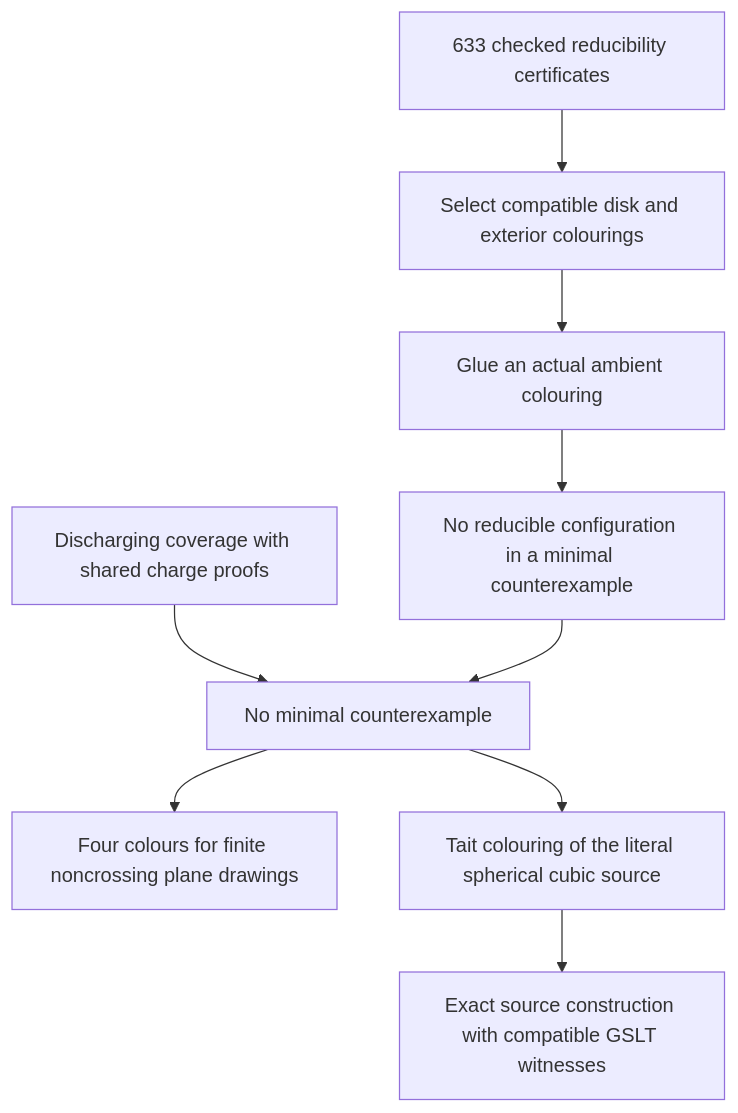
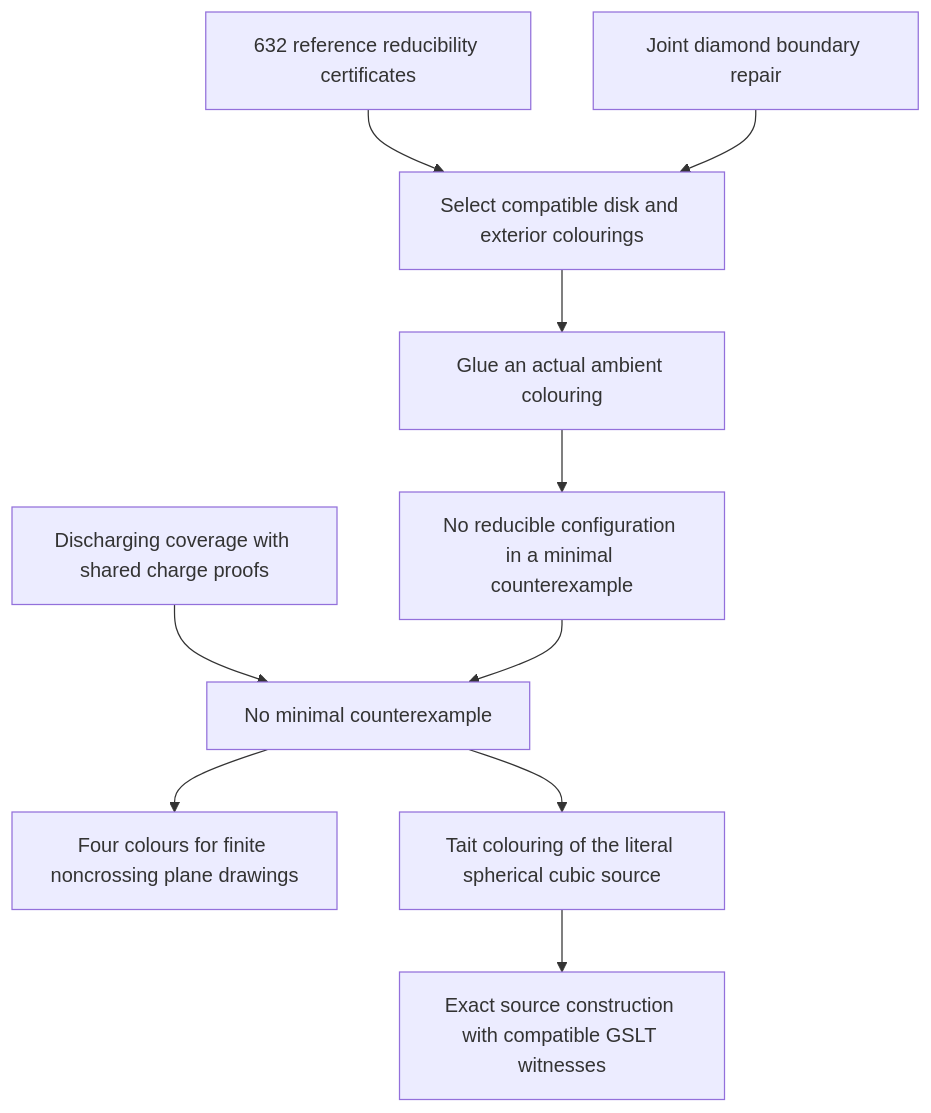
One commit to godelclaw/MeTTapedia changed the diagram in papers/benxiv/fourcolor-compositional/README.md. Above: the diagram before and after it, drawn with Mermaid. The commit also changed other lines of this file and 15 other files, not shown here.

Commit message:
feat(fourcolor): integrate coupled diamond boundary repair

````diff
--- a/papers/benxiv/fourcolor-compositional/README.md
+++ b/papers/benxiv/fourcolor-compositional/README.md
@@ -63,11 +65,12 @@
 ```mermaid
 flowchart TD
-  C[633 checked reducibility certificates] --> R[Select compatible disk and exterior colourings]
+  C[632 reference reducibility certificates] --> R[Select compatible disk and exterior colourings]
+  J[Joint diamond boundary repair] --> R
   R --> G[Glue an actual ambient colouring]
   G --> M[No reducible configuration in a minimal counterexample]
   D[Discharging coverage with shared charge proofs] --> N[No minimal counterexample]
   M --> N
   N --> P[Four colours for finite noncrossing plane drawings]
   N --> T[Tait colouring of the literal spherical cubic source]
   T --> S[Exact source construction with compatible GSLT witnesses]
 ```
````
